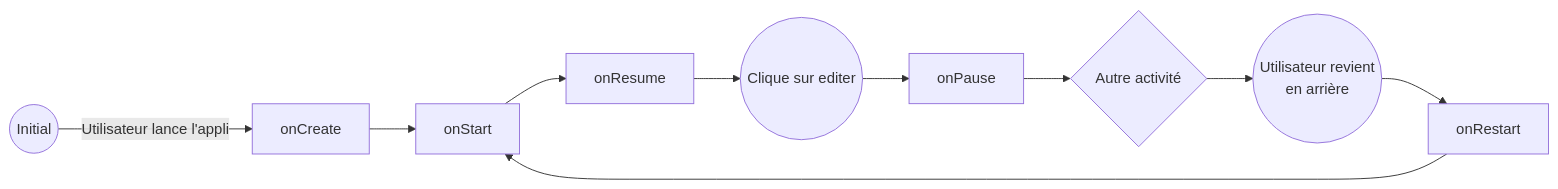
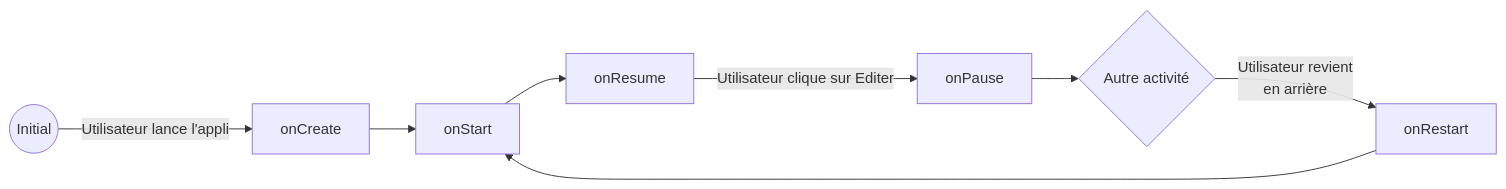
One commit to KevinFerati/DAA_Lab02 changed the first of 2 diagrams in Rapport.md. Above: the diagram before and after it, drawn with Mermaid. The commit also changed other lines of this file, not shown here.

````diff
--- a/Rapport.md
+++ b/Rapport.md
@@ -14,12 +14,10 @@
 ```mermaid
   graph LR
     A((Initial)) -- Utilisateur lance l'appli --> B[onCreate]
     B --> C[onStart]
     C --> D[onResume]
-    D --> E((Clique sur editer))
-    E --> F[onPause]
+    D -- Utilisateur clique sur Editer --> F[onPause]
     F --> G{Autre activité}
-    G --> H((Utilisateur revient \nen arrière))
-    H --> I[onRestart]
+    G -- Utilisateur revient \nen arrière --> I[onRestart]
     I --> C
 ```
````
